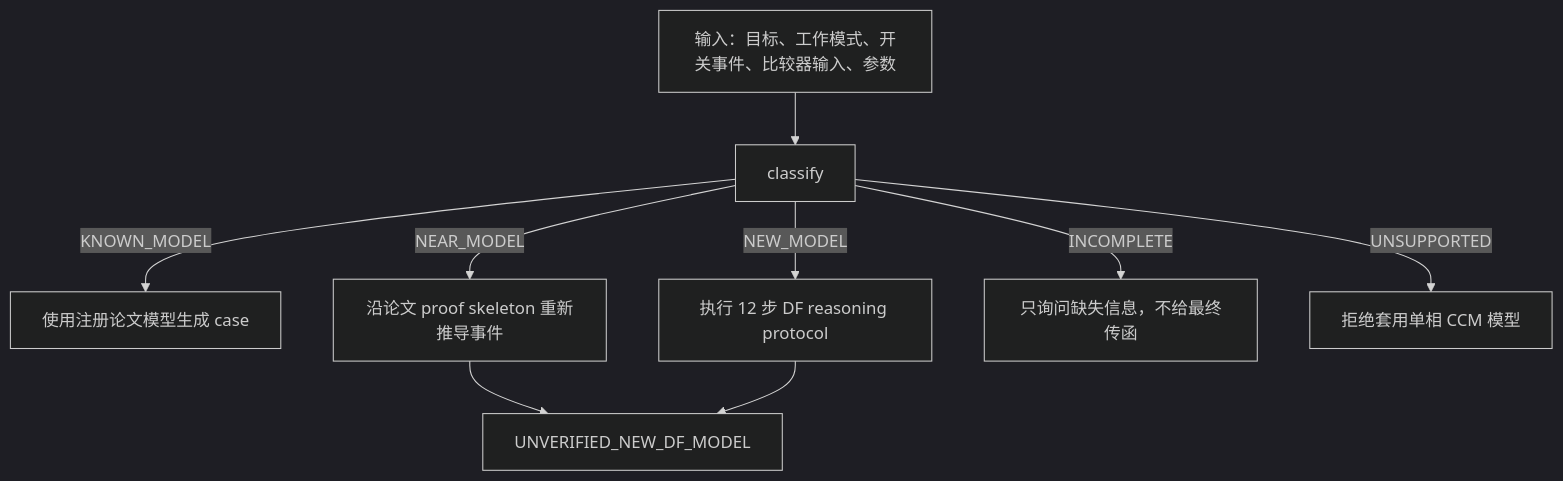
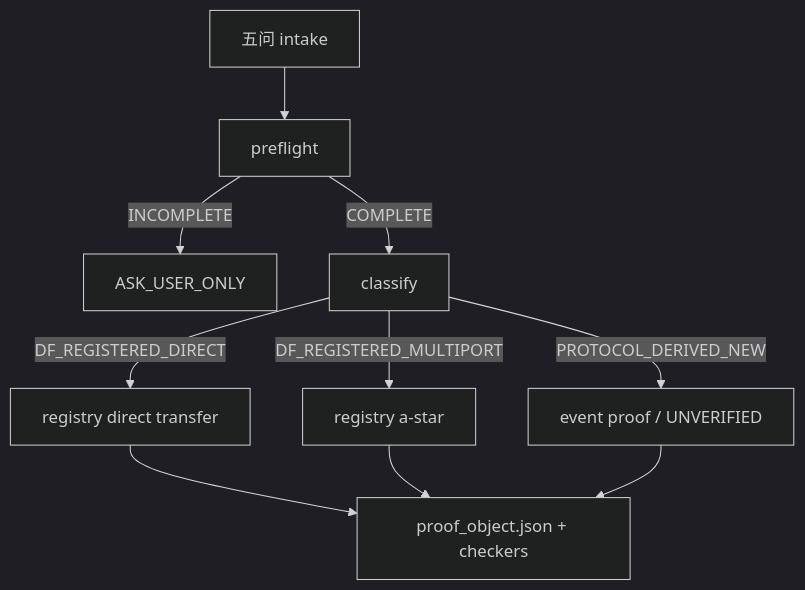
Before and after one commit to Liuxd-1230/deriving-buck-df-transfer-functions: the diagram in README.md, drawn with Mermaid (dark theme). The commit also changed other lines of this file and 42 other files, not shown here.

````diff
--- a/README.md
+++ b/README.md
@@ -33,11 +29,12 @@
 ```mermaid
 flowchart TD
-    A["输入：目标、工作模式、开关事件、比较器输入、参数"] --> B["classify"]
-    B -->|KNOWN_MODEL| C["使用注册论文模型生成 case"]
-    B -->|NEAR_MODEL| D["沿论文 proof skeleton 重新推导事件"]
-    B -->|NEW_MODEL| E["执行 12 步 DF reasoning protocol"]
-    B -->|INCOMPLETE| F["只询问缺失信息，不给最终传函"]
-    B -->|UNSUPPORTED| G["拒绝套用单相 CCM 模型"]
-    D --> H["UNVERIFIED_NEW_DF_MODEL"]
-    E --> H
+    A["五问 intake"] --> B["preflight"]
+    B -->|INCOMPLETE| C["ASK_USER_ONLY"]
+    B -->|COMPLETE| D["classify"]
+    D -->|DF_REGISTERED_DIRECT| E["registry direct transfer"]
+    D -->|DF_REGISTERED_MULTIPORT| F["registry a-star"]
+    D -->|PROTOCOL_DERIVED_NEW| G["event proof / UNVERIFIED"]
+    E --> H["proof_object.json + checkers"]
+    F --> H
+    G --> H
 ```
````
